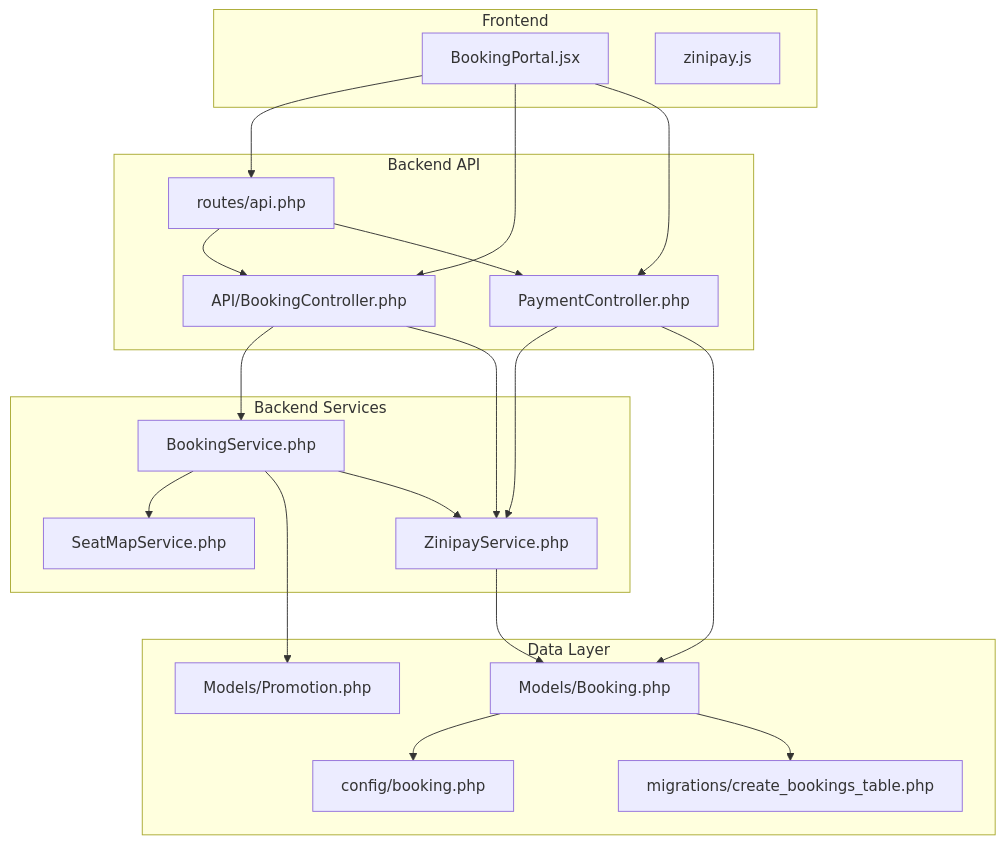
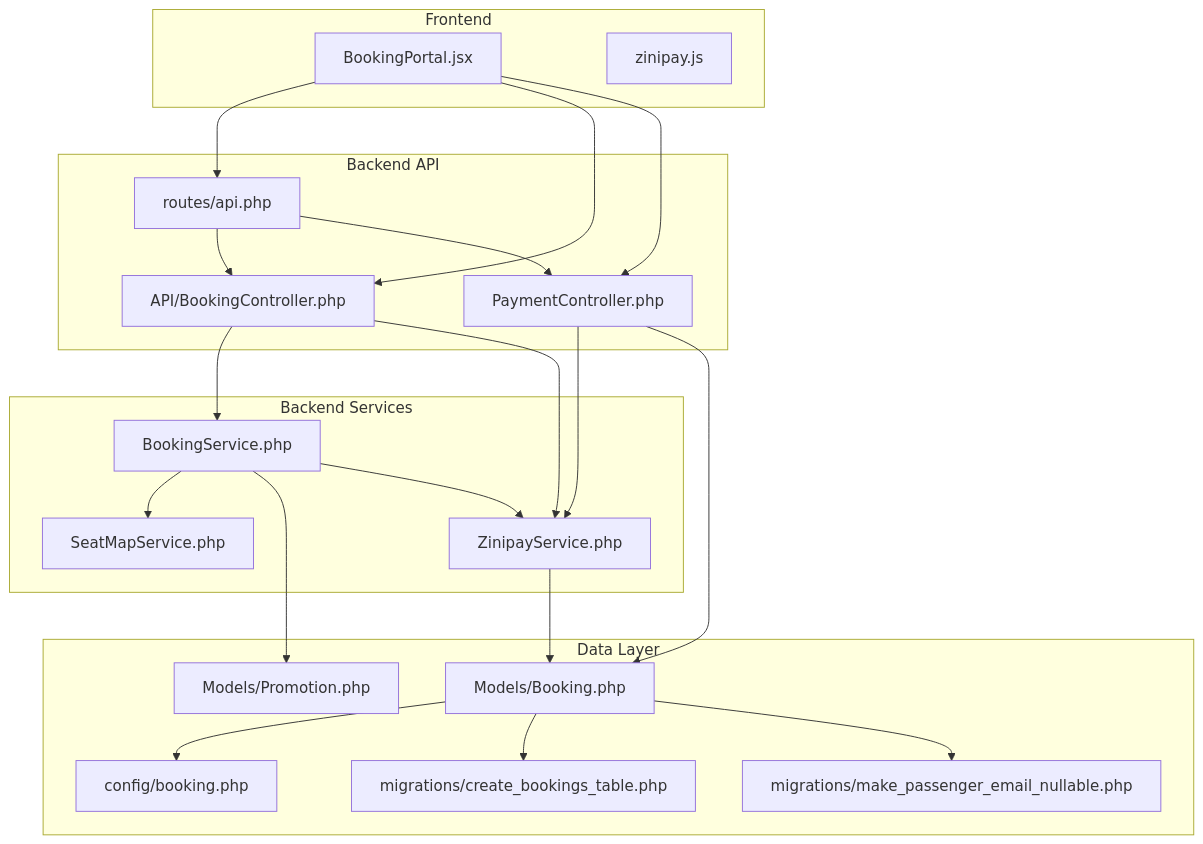
Before and after one commit to mahbub095/bus-app: the first of 8 diagrams in .qoder/repowiki/en/content/Customer Application/User Workflows/Booking Process/Booking Confirmation & Payment.md, drawn with Mermaid. The commit also changed other lines of this file and 165 other files, not shown here.

````diff
--- a/.qoder/repowiki/en/content/Customer Application/User Workflows/Booking Process/Booking Confirmation & Payment.md
+++ b/.qoder/repowiki/en/content/Customer Application/User Workflows/Booking Process/Booking Confirmation & Payment.md
@@ -40,38 +51,40 @@
 ```mermaid
 graph TB
 subgraph "Frontend"
 FP["BookingPortal.jsx"]
 FZ["zinipay.js"]
 end
 subgraph "Backend API"
 R["routes/api.php"]
 BC["API/BookingController.php"]
 PC["PaymentController.php"]
 end
 subgraph "Backend Services"
 BS["BookingService.php"]
 SM["SeatMapService.php"]
 ZP["ZinipayService.php"]
 end
 subgraph "Data Layer"
 M["Models/Booking.php"]
 PR["Models/Promotion.php"]
 CFG["config/booking.php"]
 MIG["migrations/create_bookings_table.php"]
+NMIG["migrations/make_passenger_email_nullable.php"]
 end
 FP --> R
 FP --> BC
 FP --> PC
 R --> BC
 R --> PC
 BC --> BS
 BC --> ZP
 BS --> SM
 BS --> PR
 BS --> ZP
 PC --> ZP
 PC --> M
 ZP --> M
 M --> CFG
 M --> MIG
+M --> NMIG
 ```
````
